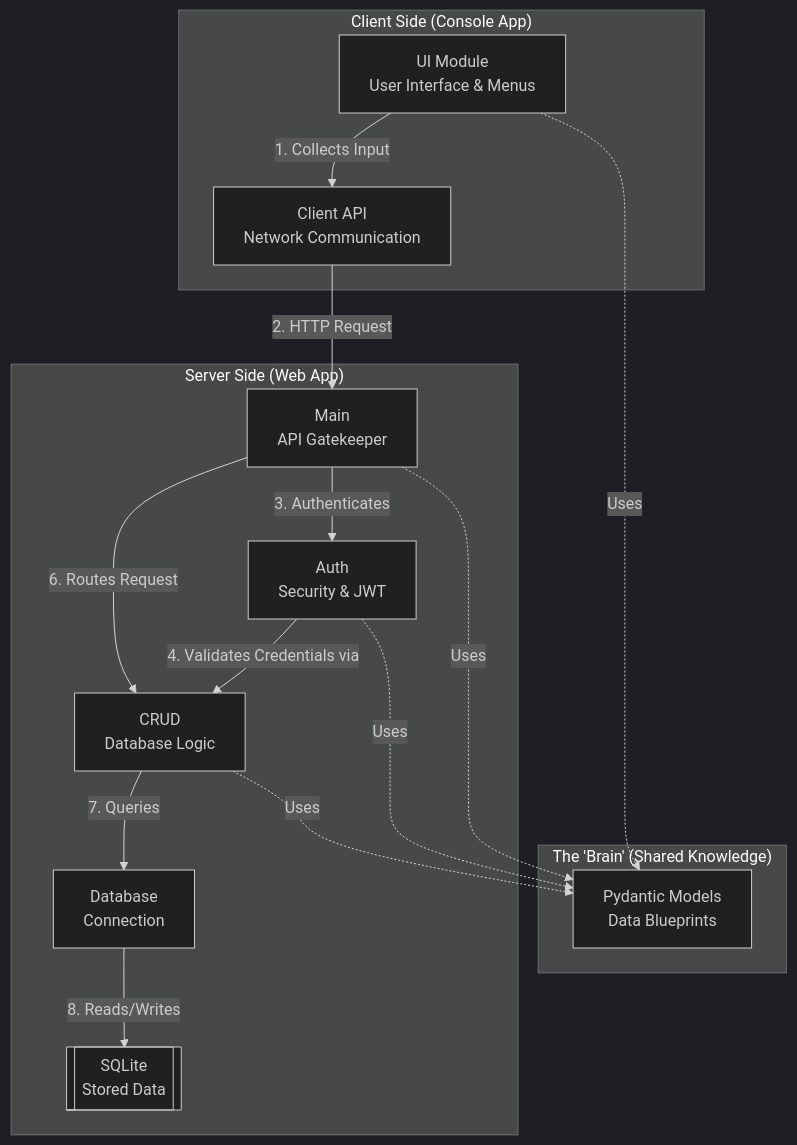
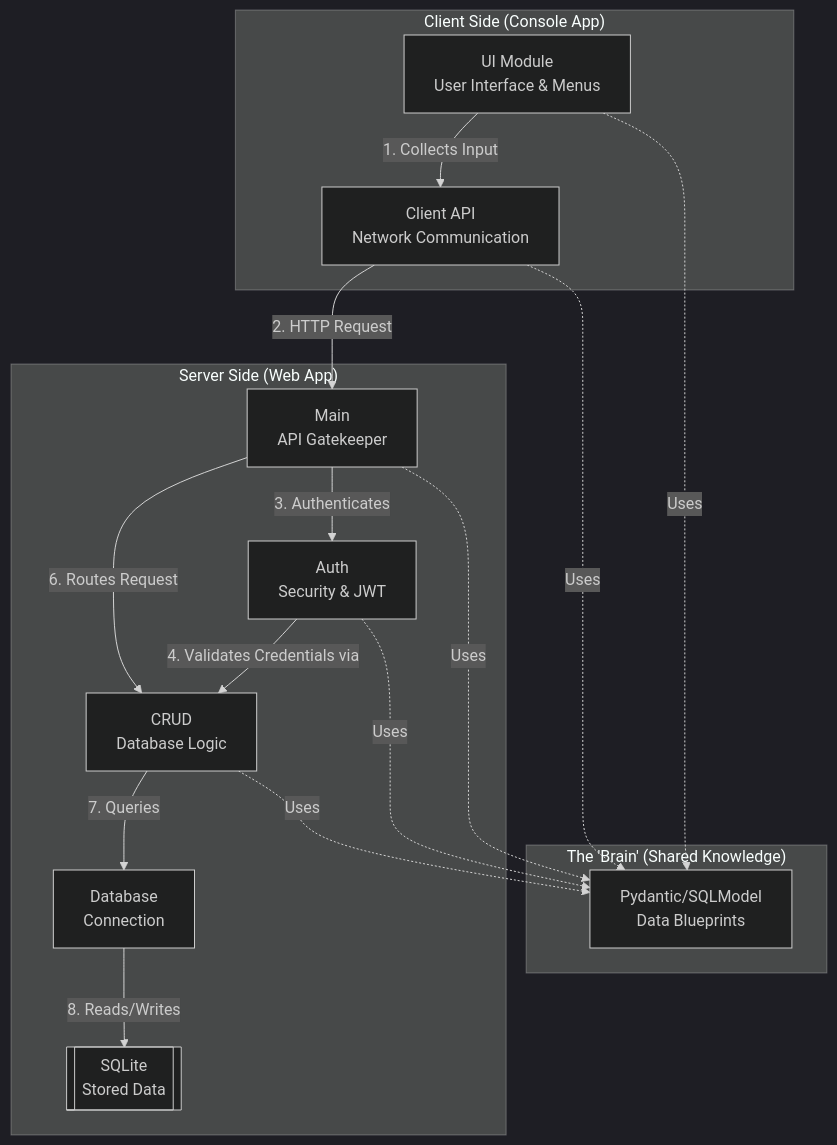
The diagram in docs/architecture.md (GitGitRice/social-media-app), drawn with Mermaid (dark theme) before and after one commit.

Commit message:
corrected uses relationship between client_api and Pydantic /SQLModel Data Blueprints

````diff
--- a/docs/architecture.md
+++ b/docs/architecture.md
@@ -14,34 +14,35 @@
 ```mermaid
 graph TD
     subgraph "Client Side (Console App)"
         UI["UI Module<br/>User Interface &amp; Menus"]
         CAPI["Client API<br/>Network Communication"]
     end
 
     subgraph "The 'Brain' (Shared Knowledge)"
-        Models["Pydantic Models<br/>Data Blueprints"]
+        Models["Pydantic/SQLModel<br/>Data Blueprints"]
     end
 
     subgraph "Server Side (Web App)"
         Main["Main<br/>API Gatekeeper"]
         Auth["Auth<br/>Security &amp; JWT"]
         CRUD["CRUD<br/>Database Logic"]
         DB["Database<br/>Connection"]
         SQLite[["SQLite<br/>Stored Data"]]
     end
 
     %% Interactions
     UI -->|1. Collects Input| CAPI
     CAPI -->|2. HTTP Request| Main
     Main -->|3. Authenticates| Auth
     Auth -->|4. Validates Credentials via| CRUD
     Main -->|6. Routes Request| CRUD
     CRUD -->|7. Queries| DB
     DB -->|8. Reads/Writes| SQLite
     
     %% Shared Models
     UI -.->|Uses| Models
+    CAPI -.->|Uses| Models
     Main -.->|Uses| Models
     Auth -.->|Uses| Models
     CRUD -.->|Uses| Models
 ```
````
